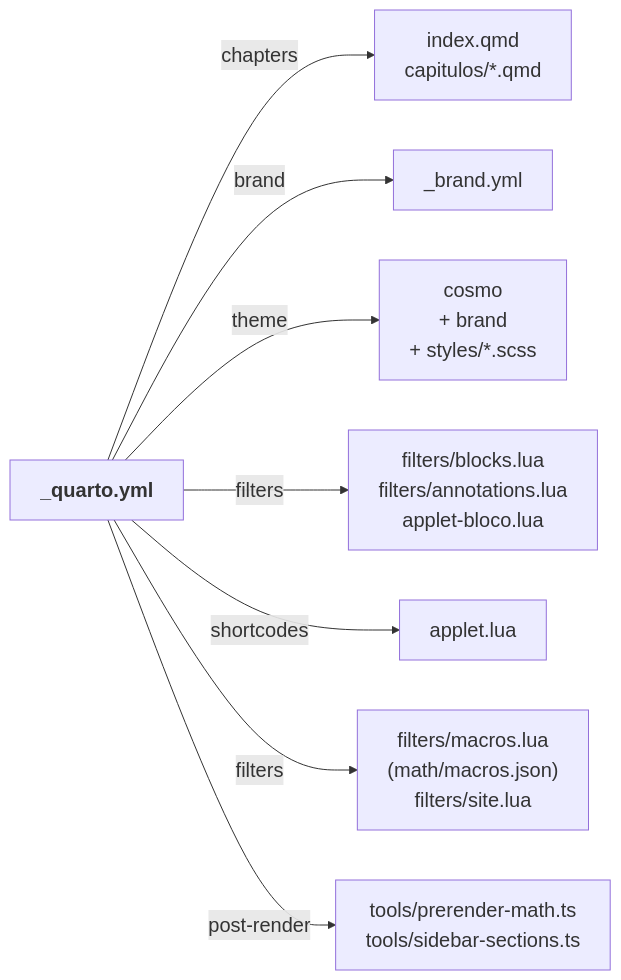
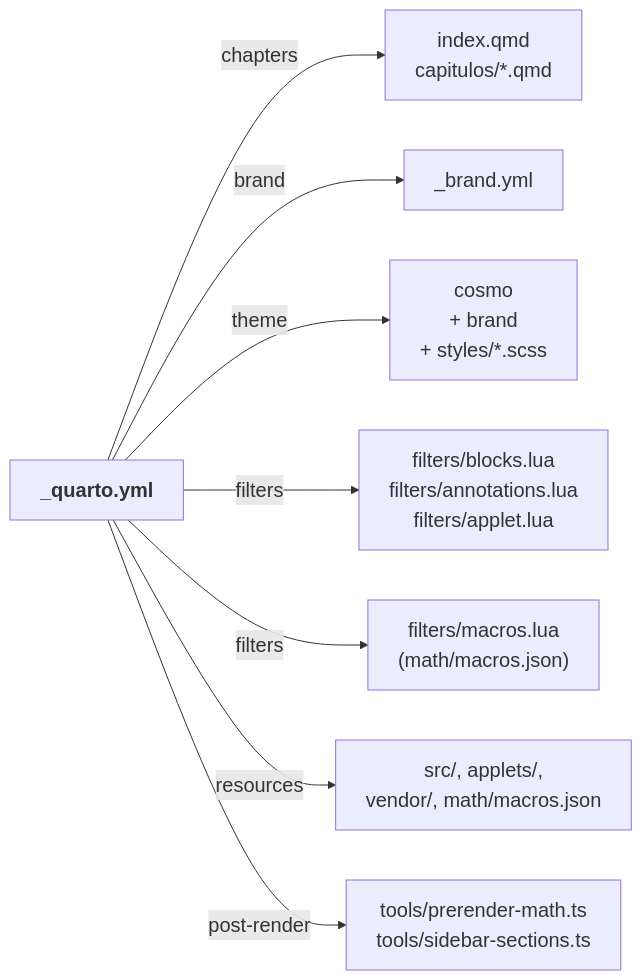
Before and after one commit to lcmerlo/livro-online-fcg: the second of 9 diagrams in _interno/diretrizes/arquitetura.md, drawn with Mermaid. The commit also changed other lines of this file and 9 other files, not shown here.

````diff
--- a/_interno/diretrizes/arquitetura.md
+++ b/_interno/diretrizes/arquitetura.md
@@ -292,12 +267,12 @@
 ```mermaid
 %%{init: {"themeVariables": {"fontSize": "20px"}, "flowchart": {"wrappingWidth": 420}}}%%
 flowchart LR
     quarto["<b>_quarto.yml</b>"]
     quarto -->|"chapters"| caps["index.qmd<br/>capitulos/*.qmd"]
     quarto -->|"brand"| brand["_brand.yml"]
     quarto -->|"theme"| tema["cosmo<br/>+ brand<br/>+ styles/*.scss"]
-    quarto -->|"filters"| blocos["filters/blocks.lua<br/>filters/annotations.lua<br/>applet-bloco.lua"]
-    quarto -->|"shortcodes"| appletlua["applet.lua"]
-    quarto -->|"filters"| macros["filters/macros.lua<br/>(math/macros.json)<br/>filters/site.lua"]
+    quarto -->|"filters"| blocos["filters/blocks.lua<br/>filters/annotations.lua<br/>filters/applet.lua"]
+    quarto -->|"filters"| macros["filters/macros.lua<br/>(math/macros.json)"]
+    quarto -->|"resources"| res["src/, applets/,<br/>vendor/, math/macros.json"]
     quarto -->|"post-render"| pre["tools/prerender-math.ts<br/>tools/sidebar-sections.ts"]
 ```
````
